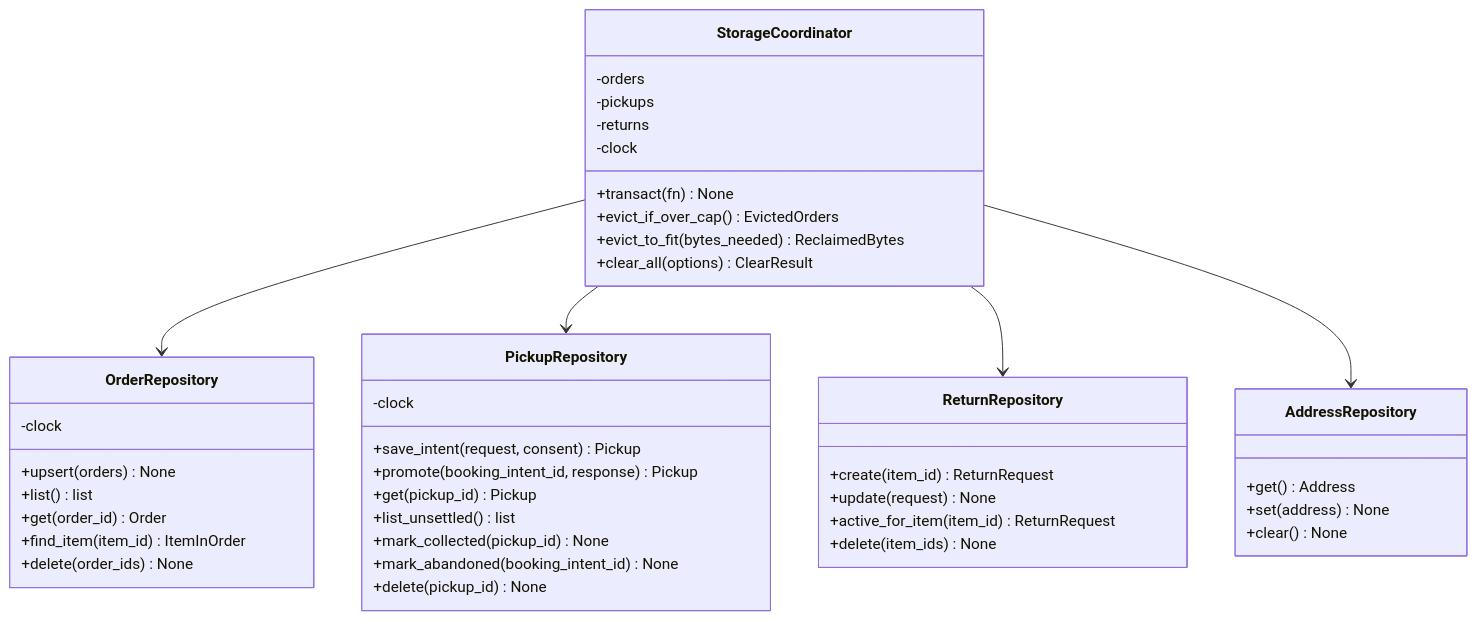
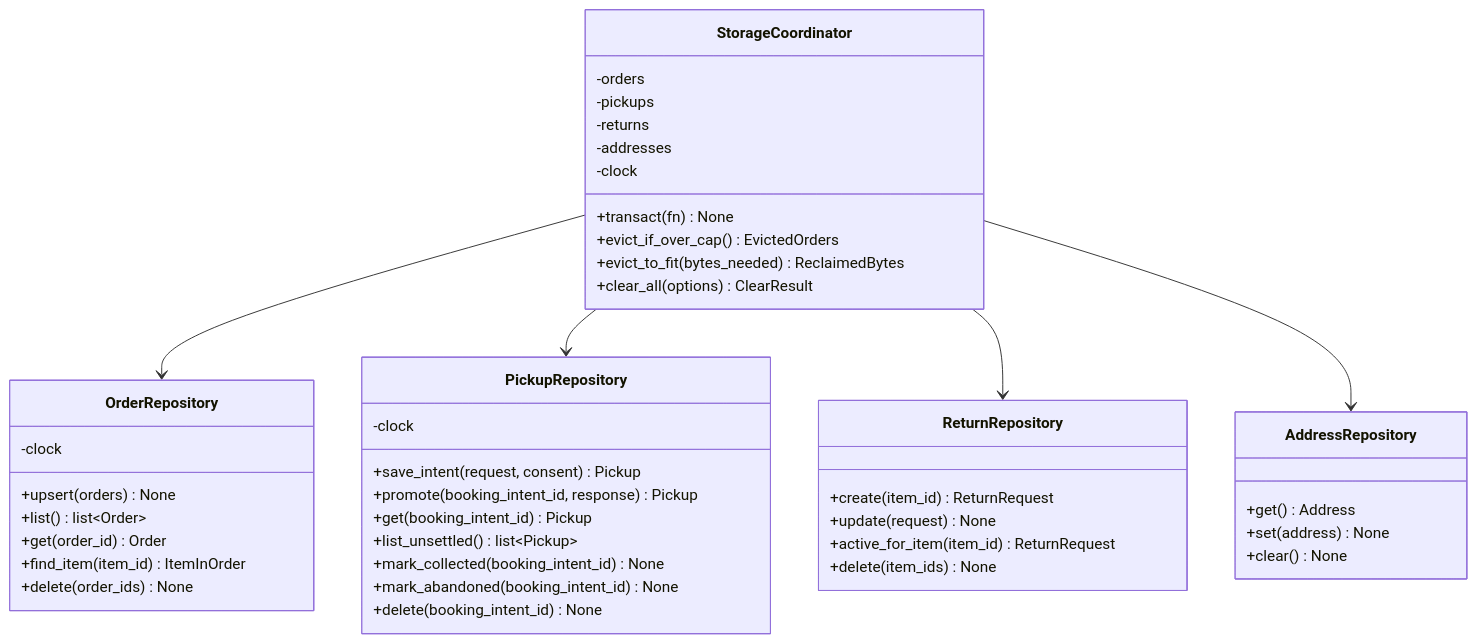
The sixth of 16 diagrams in design/boomerang-low-level-design.md (jacklvd/boomerang), drawn with Mermaid before and after one commit. The commit also changed other lines of this file and 4 other files, not shown here.

````diff
--- a/design/boomerang-low-level-design.md
+++ b/design/boomerang-low-level-design.md
@@ -753,46 +1021,47 @@
 ```mermaid
 classDiagram
     class StorageCoordinator {
         -orders
         -pickups
         -returns
+        -addresses
         -clock
         +transact(fn) None
         +evict_if_over_cap() EvictedOrders
         +evict_to_fit(bytes_needed) ReclaimedBytes
         +clear_all(options) ClearResult
     }
     class OrderRepository {
         -clock
         +upsert(orders) None
-        +list() list
+        +list() list~Order~
         +get(order_id) Order
         +find_item(item_id) ItemInOrder
         +delete(order_ids) None
     }
     class PickupRepository {
         -clock
         +save_intent(request, consent) Pickup
         +promote(booking_intent_id, response) Pickup
-        +get(pickup_id) Pickup
-        +list_unsettled() list
-        +mark_collected(pickup_id) None
+        +get(booking_intent_id) Pickup
+        +list_unsettled() list~Pickup~
+        +mark_collected(booking_intent_id) None
         +mark_abandoned(booking_intent_id) None
-        +delete(pickup_id) None
+        +delete(booking_intent_id) None
     }
     class ReturnRepository {
         +create(item_id) ReturnRequest
         +update(request) None
         +active_for_item(item_id) ReturnRequest
         +delete(item_ids) None
     }
     class AddressRepository {
         +get() Address
         +set(address) None
         +clear() None
     }
     StorageCoordinator --> OrderRepository
     StorageCoordinator --> PickupRepository
     StorageCoordinator --> ReturnRepository
     StorageCoordinator --> AddressRepository
 ```
````
